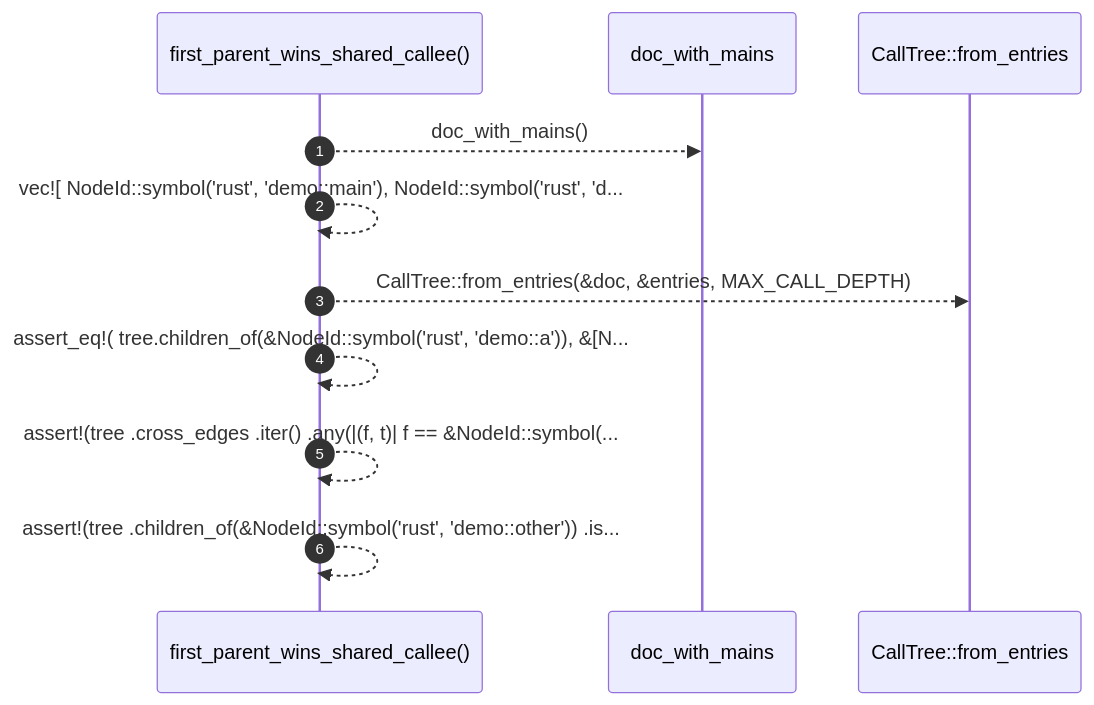
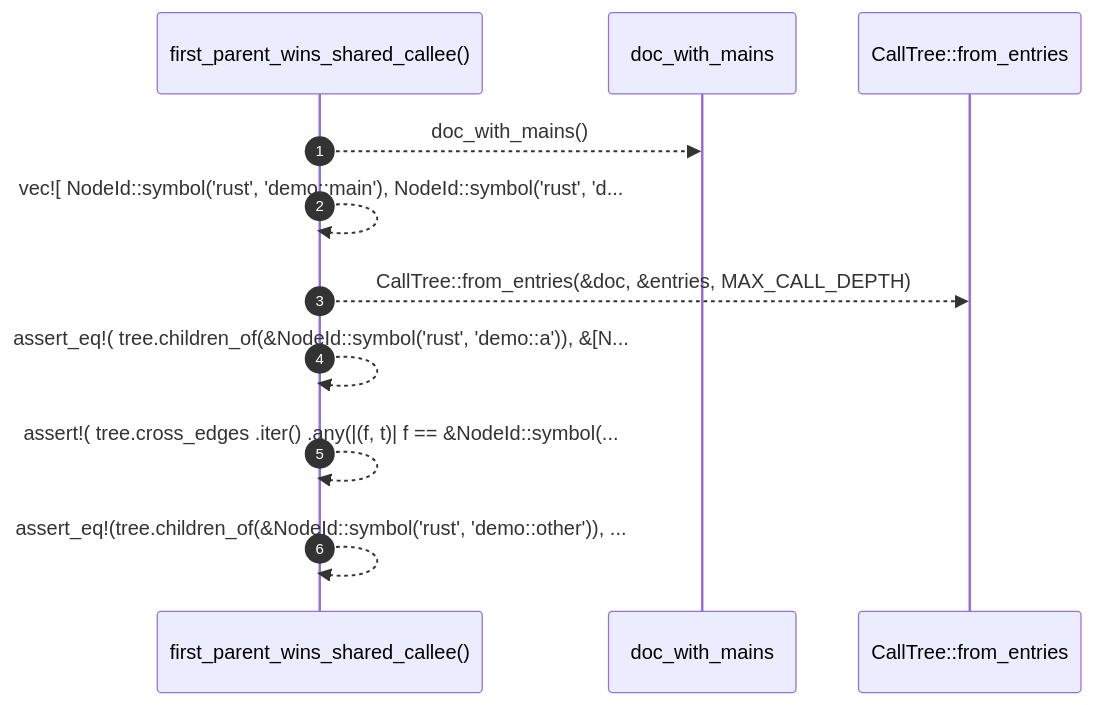
The diagram in docs/self-model/robby_render/view/entrypoints/tests/first-parent-wins-shared-callee.md (RyanGuild/self-describing-code), drawn with Mermaid before and after one commit. The commit also changed other lines of this file and 747 other files, not shown here.

````diff
--- a/docs/self-model/robby_render/view/entrypoints/tests/first-parent-wins-shared-callee.md
+++ b/docs/self-model/robby_render/view/entrypoints/tests/first-parent-wins-shared-callee.md
@@ -37,13 +36,13 @@
 ```mermaid
 sequenceDiagram
     autonumber
     participant first_parent_wins_shared_callee as first_parent_wins_shared_callee()
     participant doc_with_mains as doc_with_mains
     participant CallTree__from_entries as CallTree::from_entries
     first_parent_wins_shared_callee-->>doc_with_mains: doc_with_mains()
     first_parent_wins_shared_callee-->>first_parent_wins_shared_callee: vec![ NodeId::symbol('rust', 'demo::main'), NodeId::symbol('rust', 'd...
     first_parent_wins_shared_callee-->>CallTree__from_entries: CallTree::from_entries(&doc, &entries, MAX_CALL_DEPTH)
     first_parent_wins_shared_callee-->>first_parent_wins_shared_callee: assert_eq!( tree.children_of(&NodeId::symbol('rust', 'demo::a')), &[N...
-    first_parent_wins_shared_callee-->>first_parent_wins_shared_callee: assert!(tree .cross_edges .iter() .any(|(f, t)| f == &NodeId::symbol(...
-    first_parent_wins_shared_callee-->>first_parent_wins_shared_callee: assert!(tree .children_of(&NodeId::symbol('rust', 'demo::other')) .is...
+    first_parent_wins_shared_callee-->>first_parent_wins_shared_callee: assert!( tree.cross_edges .iter() .any(|(f, t)| f == &NodeId::symbol(...
+    first_parent_wins_shared_callee-->>first_parent_wins_shared_callee: assert_eq!(tree.children_of(&NodeId::symbol('rust', 'demo::other')), ...
 ```
````
